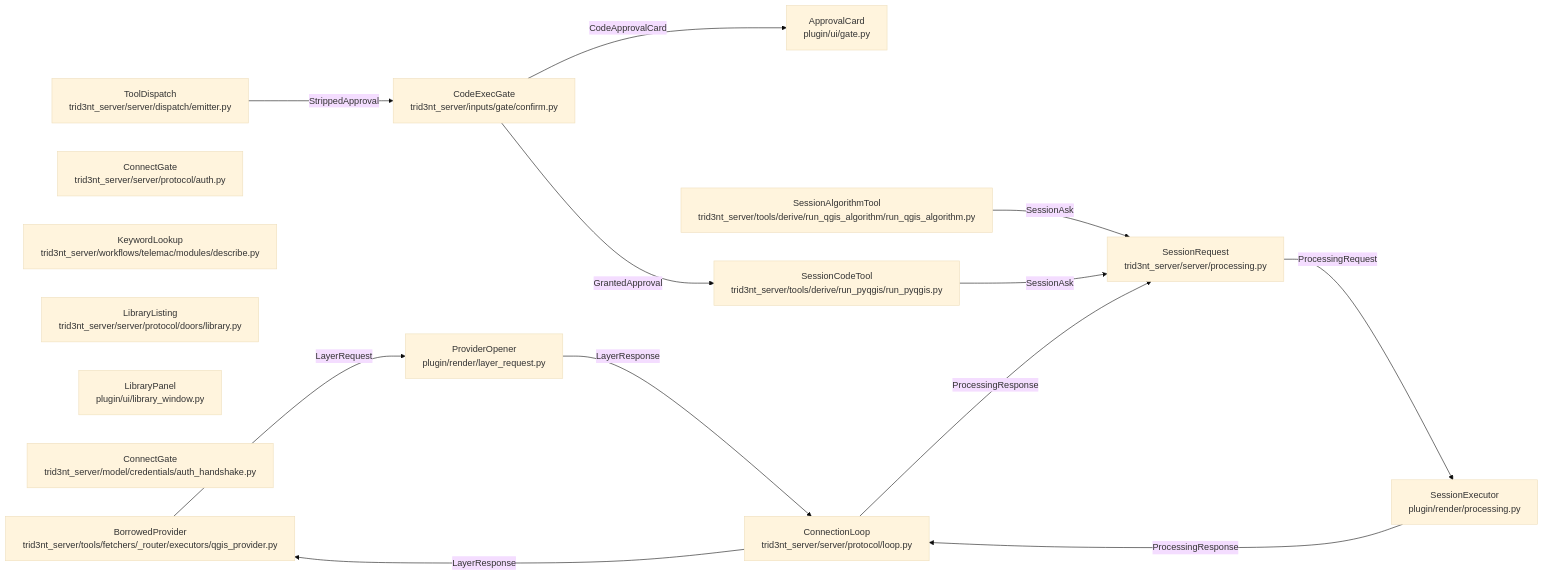
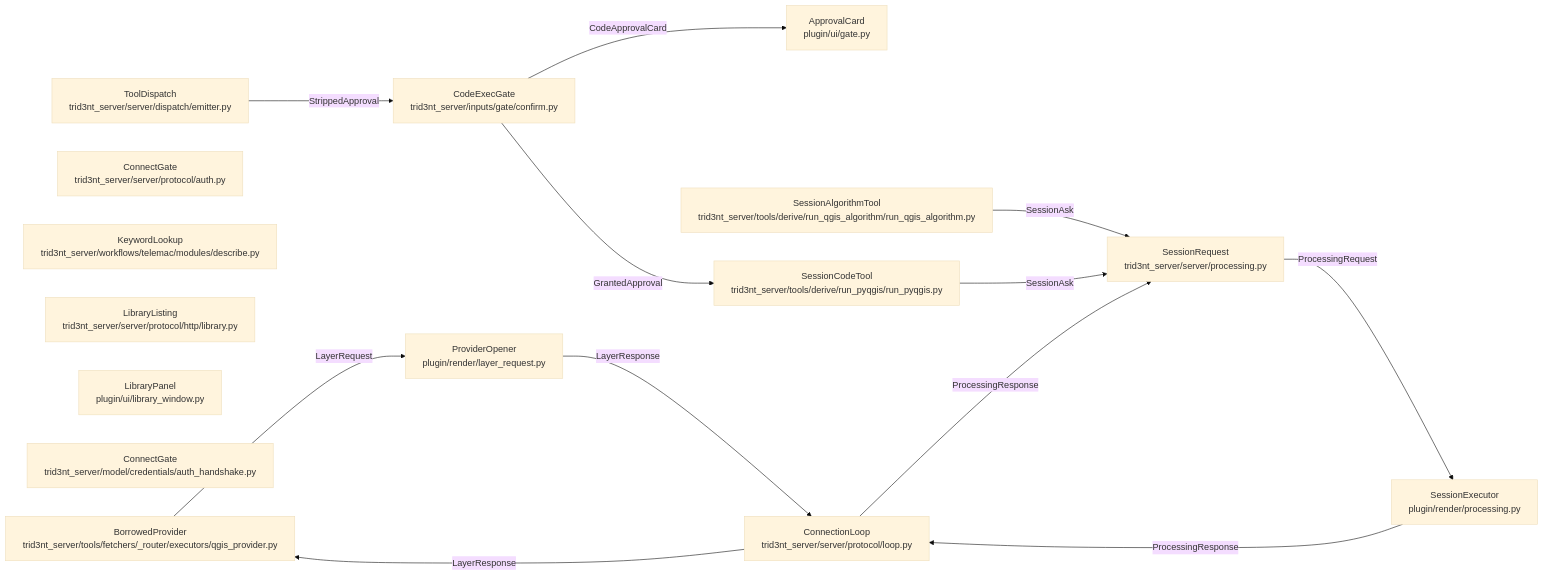
The diagram in docs/model/tool-plane-view.md (double-r-squared/trid3nt-qgis-plugin), drawn with Mermaid (base theme) before and after one commit. The commit also changed 16 other files, not shown here.

First line of the commit message:
server: protocol/doors becomes protocol/http

````diff
--- a/docs/model/tool-plane-view.md
+++ b/docs/model/tool-plane-view.md
@@ -9,29 +9,29 @@
 ```mermaid
 flowchart LR
     approvalCard["ApprovalCard<br/>plugin/ui/gate.py"]
     borrowedProvider["BorrowedProvider<br/>trid3nt_server/tools/fetchers/_router/executors/qgis_provider.py"]
     codeExecGate["CodeExecGate<br/>trid3nt_server/inputs/gate/confirm.py"]
     connectGate["ConnectGate<br/>trid3nt_server/server/protocol/auth.py"]
     connectionLoop["ConnectionLoop<br/>trid3nt_server/server/protocol/loop.py"]
     keywordLookup["KeywordLookup<br/>trid3nt_server/workflows/telemac/modules/describe.py"]
-    libraryListing["LibraryListing<br/>trid3nt_server/server/protocol/doors/library.py"]
+    libraryListing["LibraryListing<br/>trid3nt_server/server/protocol/http/library.py"]
     libraryPanel["LibraryPanel<br/>plugin/ui/library_window.py"]
     mintedToken["ConnectGate<br/>trid3nt_server/model/credentials/auth_handshake.py"]
     providerOpener["ProviderOpener<br/>plugin/render/layer_request.py"]
     runPyqgis["SessionCodeTool<br/>trid3nt_server/tools/derive/run_pyqgis/run_pyqgis.py"]
     runQgisAlgorithm["SessionAlgorithmTool<br/>trid3nt_server/tools/derive/run_qgis_algorithm/run_qgis_algorithm.py"]
     sessionExecutor["SessionExecutor<br/>plugin/render/processing.py"]
     sessionRequest["SessionRequest<br/>trid3nt_server/server/processing.py"]
     toolDispatch["ToolDispatch<br/>trid3nt_server/server/dispatch/emitter.py"]
     runQgisAlgorithm -- "SessionAsk" --> sessionRequest
     codeExecGate -- "GrantedApproval" --> runPyqgis
     toolDispatch -- "StrippedApproval" --> codeExecGate
     codeExecGate -- "CodeApprovalCard" --> approvalCard
     runPyqgis -- "SessionAsk" --> sessionRequest
     providerOpener -- "LayerResponse" --> connectionLoop
     borrowedProvider -- "LayerRequest" --> providerOpener
     connectionLoop -- "LayerResponse" --> borrowedProvider
     sessionRequest -- "ProcessingRequest" --> sessionExecutor
     sessionExecutor -- "ProcessingResponse" --> connectionLoop
     connectionLoop -- "ProcessingResponse" --> sessionRequest
 ```
````
